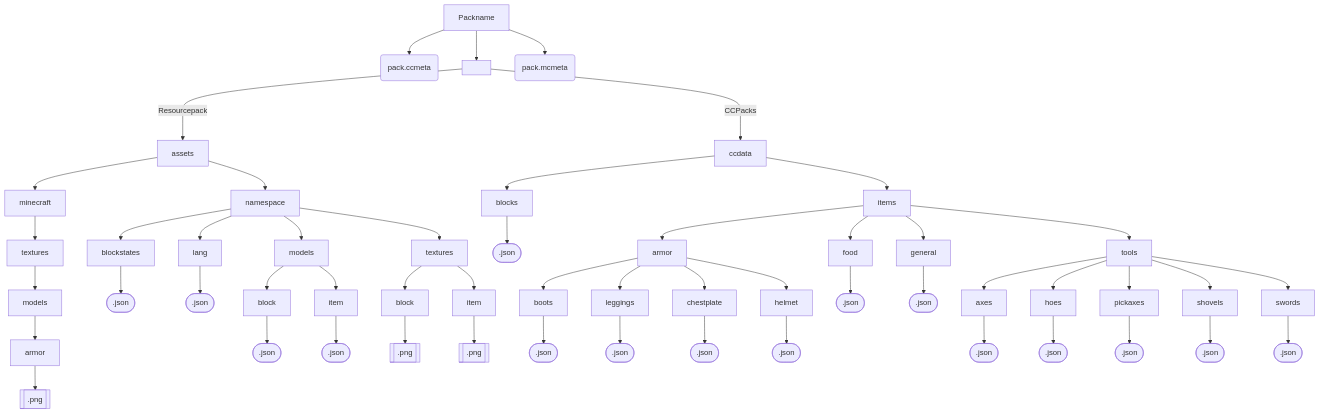
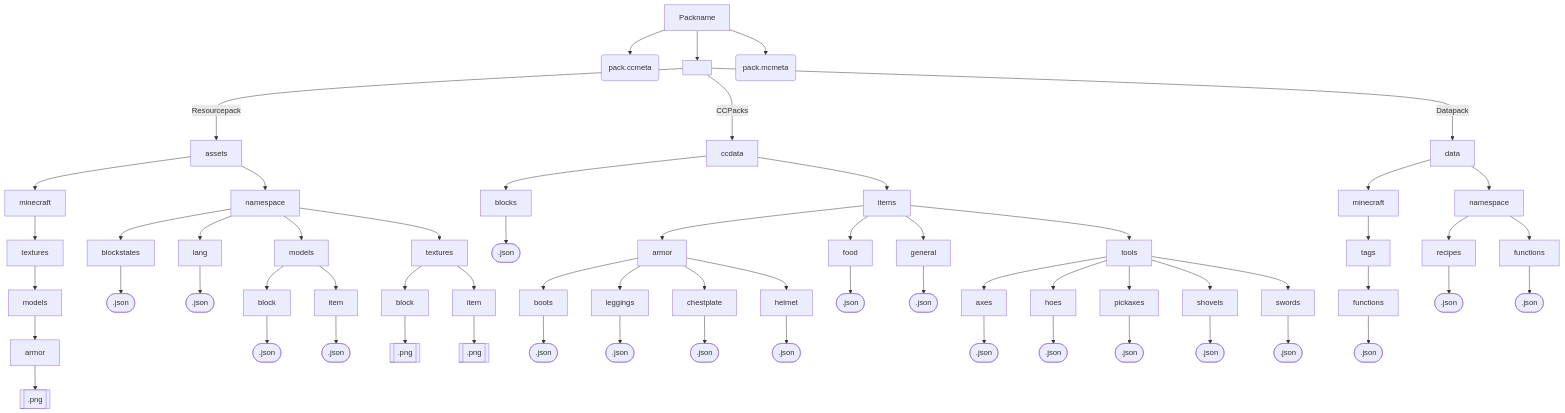
One commit to MisionThi/ccpack-docs changed the diagram in docs/index.md. Above: the diagram before and after it, drawn with Mermaid.

````diff
--- a/docs/index.md
+++ b/docs/index.md
@@ -9,38 +9,42 @@
 ```mermaid
 graph TD
 A[Packname]
 A --> C(pack.ccmeta)
 A --> B[ ]
 A --> D(pack.mcmeta)
 
 B -- Resourcepack ---> E[assets]
-  E --> E1[minecraft] --> E1.1[textures] --> E1.2[models] --> E1.3[armor] --> E1.4[[.png]]
-  E --> E2[namespace]
-    E2 --> E2.1[blockstates] --> E2.1.1([.json])
-    E2 --> E2.2[lang] --> E2.2.1([.json])
-    E2 --> E2.3[models]
-      E2.3 --> E2.3.1[block] --> E2.3.1.1([.json])
-      E2.3 --> E2.3.2[item] --> E2.3.2.1([.json])
-    E2 --> E2.4[textures]
-      E2.4 --> E2.4.1[block] --> E2.4.1.1[[.png]]
-      E2.4 --> E2.4.2[item] --> E2.4.2.1[[.png]]
+E --> E1[minecraft] --> E1.1[textures] --> E1.2[models] --> E1.3[armor] --> E1.4[[.png]]
+E --> E2[namespace]
+E2 --> E2.1[blockstates] --> E2.1.1([.json])
+E2 --> E2.2[lang] --> E2.2.1([.json])
+E2 --> E2.3[models]
+E2.3 --> E2.3.1[block] --> E2.3.1.1([.json])
+E2.3 --> E2.3.2[item] --> E2.3.2.1([.json])
+E2 --> E2.4[textures]
+E2.4 --> E2.4.1[block] --> E2.4.1.1[[.png]]
+E2.4 --> E2.4.2[item] --> E2.4.2.1[[.png]]
 
 B -- CCPacks ---> F[ccdata]
 F --> FA[blocks] --> FAA([.json])
-  F --> FB[items]
-    FB --> FBA[armor]
-      FBA --> FBAA[boots] --> FBAAA([.json])
-      FBA --> FBAB[leggings] --> FBABA([.json])
-      FBA --> FBAC[chestplate] --> FBACA([.json])
-      FBA --> FBAD[helmet] --> FBADA([.json])
-    FB --> FBB[food] --> FBBA([.json])
-    FB --> FBC[general] --> FBCA([.json])
-    FB --> FBD[tools]
-      FBD --> FBDA[axes] --> FBDAA([.json])
-      FBD --> FBDB[hoes] --> FBDBA([.json])
-      FBD --> FBDC[pickaxes] --> FBDCA([.json])
-      FBD --> FBDD[shovels] --> FBDDA([.json])
-      FBD --> FBDE[swords] --> FBDEA([.json])
+F --> FB[items]
+FB --> FBA[armor]
+FBA --> FBAA[boots] --> FBAAA([.json])
+FBA --> FBAB[leggings] --> FBABA([.json])
+FBA --> FBAC[chestplate] --> FBACA([.json])
+FBA --> FBAD[helmet] --> FBADA([.json])
+FB --> FBB[food] --> FBBA([.json])
+FB --> FBC[general] --> FBCA([.json])
+FB --> FBD[tools]
+FBD --> FBDA[axes] --> FBDAA([.json])
+FBD --> FBDB[hoes] --> FBDBA([.json])
+FBD --> FBDC[pickaxes] --> FBDCA([.json])
+FBD --> FBDD[shovels] --> FBDDA([.json])
+FBD --> FBDE[swords] --> FBDEA([.json])
 
-
+B -- Datapack ---> G[data]
+G --> GA[minecraft] --> GAA[tags] --> GAAA[functions] --> GAAAA([.json])
+G --> GB[namespace]
+GB --> GBA[recipes] --> GBAA([.json])
+GB --> GBB[functions] -->GBBA([.json])
 ```
````
